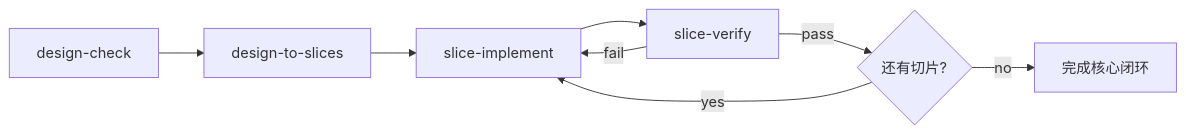
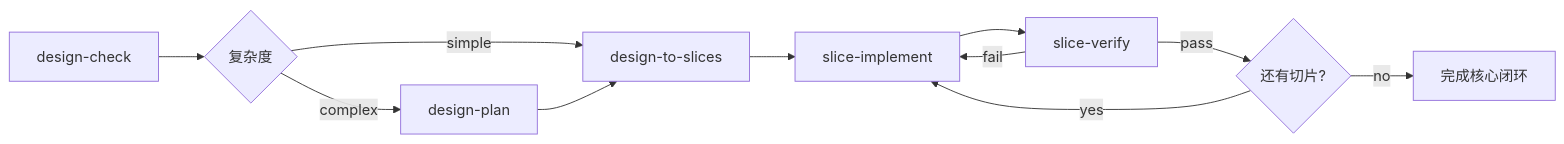
Before and after one commit to LeeLiangmin/ai_codegen: the diagram in skill/SKILL.md, drawn with Mermaid. The commit also changed other lines of this file and 17 other files, not shown here.

Commit message:
feat: add plan before slices

````diff
--- a/skill/SKILL.md
+++ b/skill/SKILL.md
@@ -20,10 +20,13 @@
 ```mermaid
 flowchart LR
-    A[design-check] --> B[design-to-slices]
-    B --> C[slice-implement]
-    C --> D[slice-verify]
-    D -->|pass| E{还有切片?}
-    E -->|yes| C
-    E -->|no| F[完成核心闭环]
-    D -->|fail| C
+    A[design-check] --> B{复杂度}
+    B -->|simple| C[design-to-slices]
+    B -->|complex| P[design-plan]
+    P --> C
+    C --> D[slice-implement]
+    D --> E[slice-verify]
+    E -->|pass| F{还有切片?}
+    F -->|yes| D
+    F -->|no| G[完成核心闭环]
+    E -->|fail| D
 ```
````
